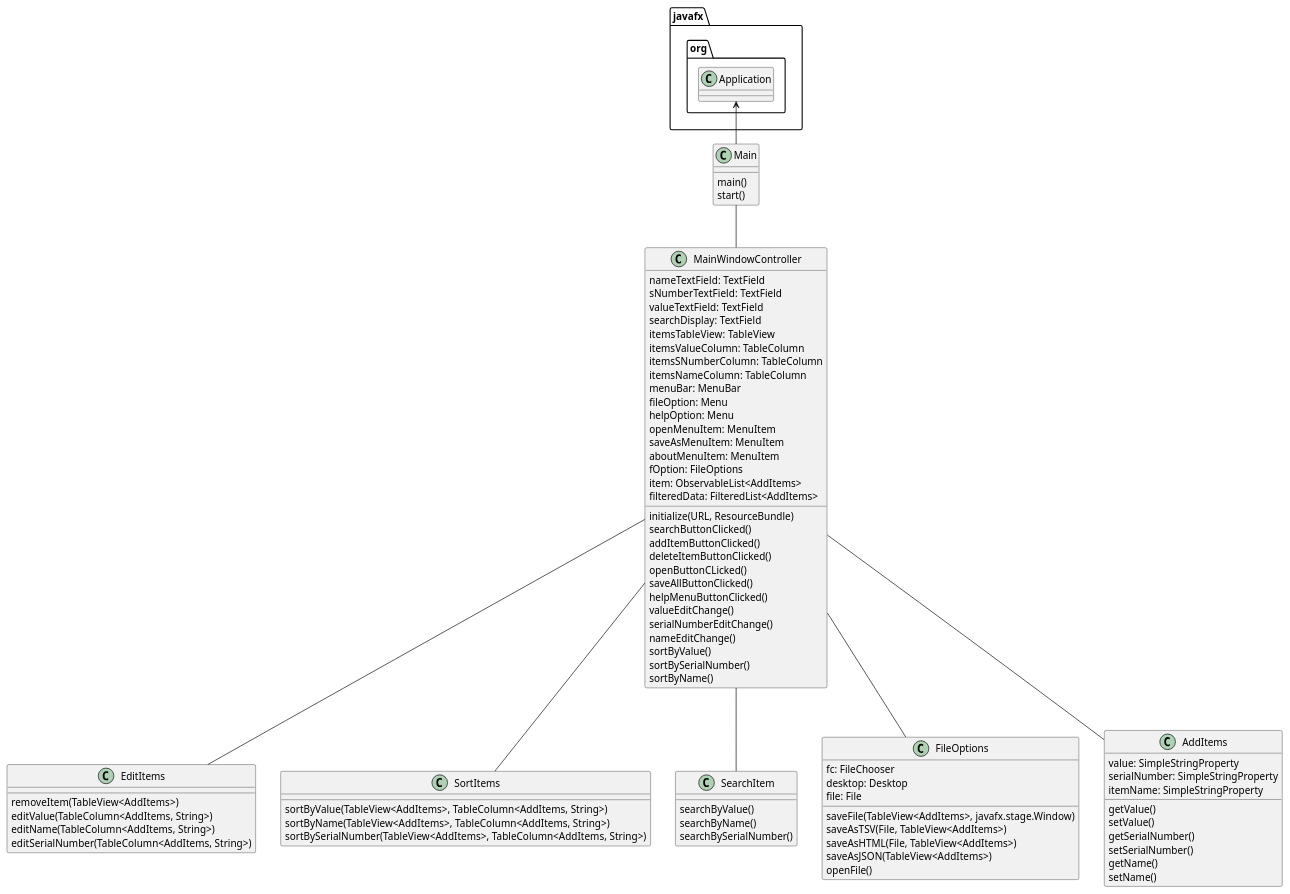
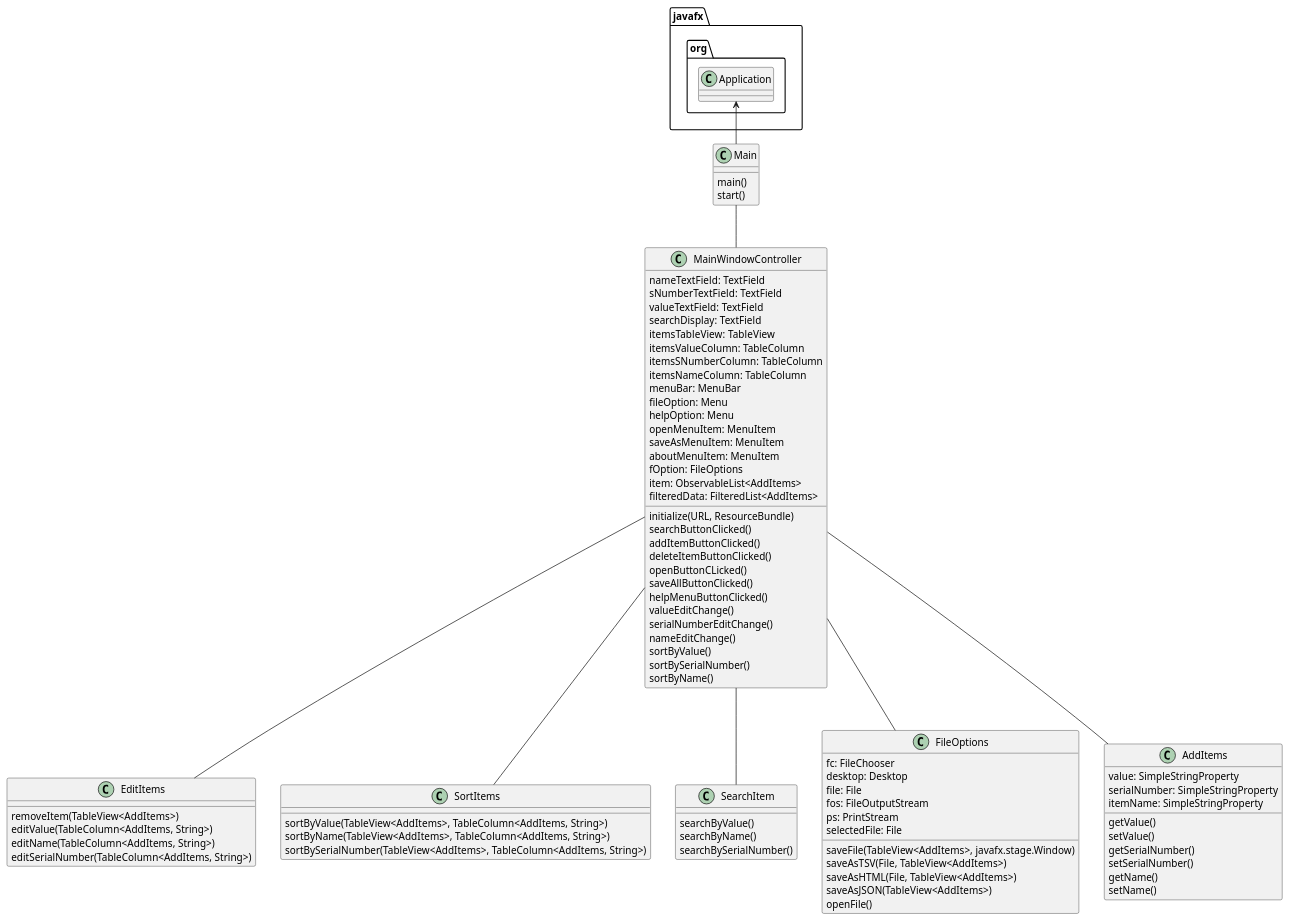
The diagram in uml/Assignment5.puml (martucciv/martucci-7308-a5), drawn with PlantUML before and after one commit.

Commit message:
updated uml file

```diff
--- a/uml/Assignment5.puml
+++ b/uml/Assignment5.puml
@@ -1,94 +1,97 @@
 @startuml
 
 javafx.org.Application <-- Main
 Main -- MainWindowController
 MainWindowController -- EditItems
 MainWindowController -- SortItems
 MainWindowController -- SearchItem
 MainWindowController -- FileOptions
 MainWindowController -- AddItems
 
 class Main{
     main()
     start()
 }
 
 class MainWindowController{
     nameTextField: TextField
     sNumberTextField: TextField
     valueTextField: TextField
     searchDisplay: TextField
     itemsTableView: TableView
     itemsValueColumn: TableColumn
     itemsSNumberColumn: TableColumn
     itemsNameColumn: TableColumn
     menuBar: MenuBar
     fileOption: Menu
     helpOption: Menu
     openMenuItem: MenuItem
     saveAsMenuItem: MenuItem
     aboutMenuItem: MenuItem
     fOption: FileOptions
     item: ObservableList<AddItems>
     filteredData: FilteredList<AddItems>
 
     initialize(URL, ResourceBundle)
     searchButtonClicked()
     addItemButtonClicked()
     deleteItemButtonClicked()
     openButtonCLicked()
     saveAllButtonClicked()
     helpMenuButtonClicked()
     valueEditChange()
     serialNumberEditChange()
     nameEditChange()
     sortByValue()
     sortBySerialNumber()
     sortByName()
 }
 
 class AddItems{
     value: SimpleStringProperty
     serialNumber: SimpleStringProperty
     itemName: SimpleStringProperty
 
     getValue()
     setValue()
     getSerialNumber()
     setSerialNumber()
     getName()
     setName()
 }
 
 class EditItems {
     removeItem(TableView<AddItems>)
     editValue(TableColumn<AddItems, String>)
     editName(TableColumn<AddItems, String>)
     editSerialNumber(TableColumn<AddItems, String>)
 }
 
 class SortItems{
     sortByValue(TableView<AddItems>, TableColumn<AddItems, String>)
     sortByName(TableView<AddItems>, TableColumn<AddItems, String>)
     sortBySerialNumber(TableView<AddItems>, TableColumn<AddItems, String>)
 }
 
 class SearchItem{
     searchByValue()
     searchByName()
     searchBySerialNumber()
 }
 
 class FileOptions{
     fc: FileChooser
     desktop: Desktop
     file: File
+    fos: FileOutputStream
+    ps: PrintStream
+    selectedFile: File
 
     saveFile(TableView<AddItems>, javafx.stage.Window)
     saveAsTSV(File, TableView<AddItems>)
     saveAsHTML(File, TableView<AddItems>)
     saveAsJSON(TableView<AddItems>)
     openFile()
 }
 
 @enduml
```
